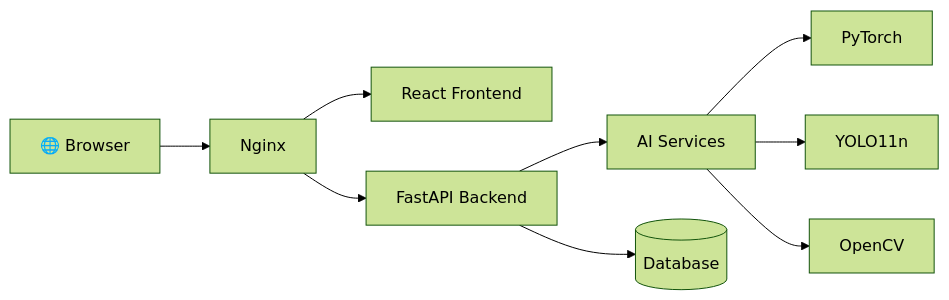
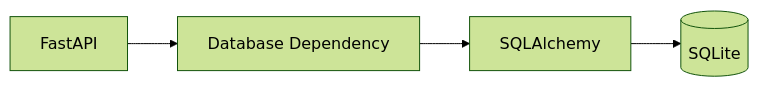
One commit to Debankumardas/AI-Visual-Intelligence-API changed the sixth of 6 diagrams in README.md. Above: the diagram before and after it, drawn with Mermaid (forest theme). The commit also changed other lines of this file, not shown here.

````diff
--- a/README.md
+++ b/README.md
@@ -615,19 +739,6 @@
 ```mermaid
 flowchart LR
-
-    B[🌐 Browser]
-
-    B --> N[Nginx]
-
-    N --> F[React Frontend]
-
-    N --> A[FastAPI Backend]
-
-    A --> AI[AI Services]
-
-    AI --> P[PyTorch]
-    AI --> Y[YOLO11n]
-    AI --> CV[OpenCV]
-
-    A --> DB[(Database)]
+    A[FastAPI] --> B[Database Dependency]
+    B --> C[SQLAlchemy]
+    C --> D[(SQLite)]
 ```
````
